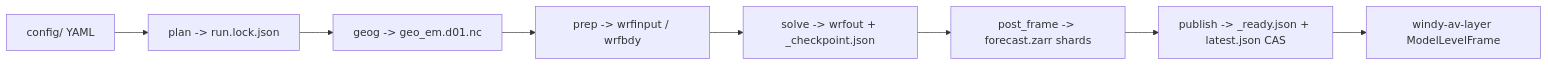
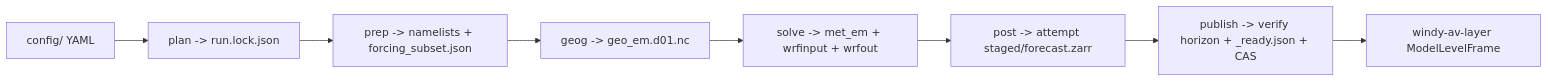
Before and after one commit to jdorrance/av-wrf: the first of 2 diagrams in docs/architecture.md, drawn with Mermaid. The commit also changed other lines of this file and 68 other files, not shown here.

````diff
--- a/docs/architecture.md
+++ b/docs/architecture.md
@@ -9,10 +11,10 @@
 ```mermaid
 flowchart LR
   cfg["config/ YAML"] --> plan["plan -> run.lock.json"]
-  plan --> geog["geog -> geo_em.d01.nc"]
-  geog --> prep["prep -> wrfinput / wrfbdy"]
-  prep --> solve["solve -> wrfout + _checkpoint.json"]
-  solve --> post["post_frame -> forecast.zarr shards"]
-  post --> pub["publish -> _ready.json + latest.json CAS"]
+  plan --> prep["prep -> namelists + forcing_subset.json"]
+  prep --> geog["geog -> geo_em.d01.nc"]
+  geog --> solve["solve -> met_em + wrfinput + wrfout"]
+  solve --> post["post -> attempt staged/forecast.zarr"]
+  post --> pub["publish -> verify horizon + _ready.json + CAS"]
   pub --> av["windy-av-layer ModelLevelFrame"]
 ```
````
